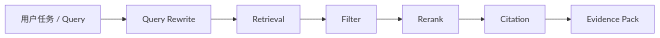
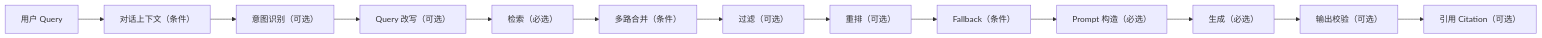
One commit to sissi1125/idea-maker changed the second of 3 diagrams in docs/ARCHITECTURE.md. Above: the diagram before and after it, drawn with Mermaid. The commit also changed other lines of this file and 3 other files, not shown here.

First line of the commit message:
Harness consistency audit: update AGENTS.md, ARCHITECTURE.md, session-handoff, init.sh

````diff
--- a/docs/ARCHITECTURE.md
+++ b/docs/ARCHITECTURE.md
@@ -69,9 +72,15 @@
 ```mermaid
 flowchart LR
-  A["用户任务 / Query"] --> B["Query Rewrite"]
-  B --> C["Retrieval"]
-  C --> D["Filter"]
-  D --> E["Rerank"]
-  E --> F["Citation"]
-  F --> G["Evidence Pack"]
+  A["用户 Query"] --> B["对话上下文（条件）"]
+  B --> C["意图识别（可选）"]
+  C --> D["Query 改写（可选）"]
+  D --> E["检索（必选）"]
+  E --> F["多路合并（条件）"]
+  F --> G["过滤（可选）"]
+  G --> H["重排（可选）"]
+  H --> I["Fallback（条件）"]
+  I --> J["Prompt 构造（必选）"]
+  J --> K["生成（必选）"]
+  K --> L["输出校验（可选）"]
+  L --> M["引用 Citation（可选）"]
 ```
````
